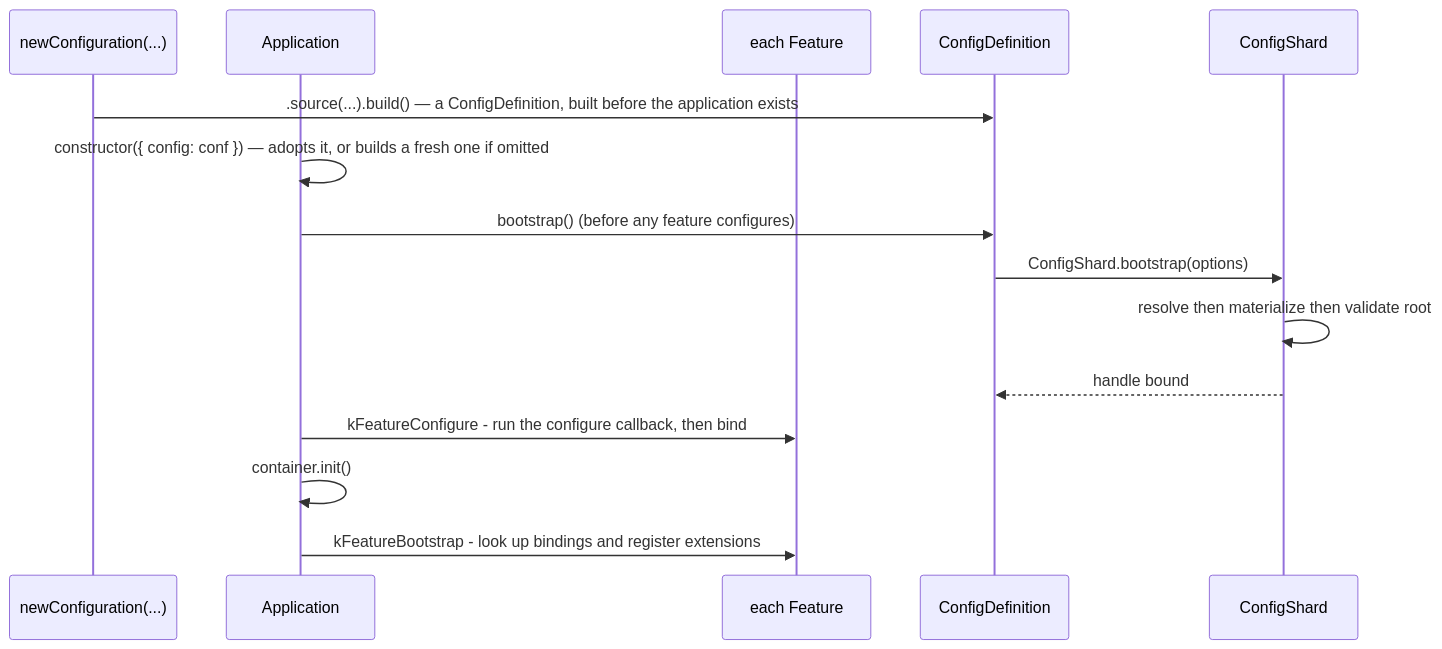
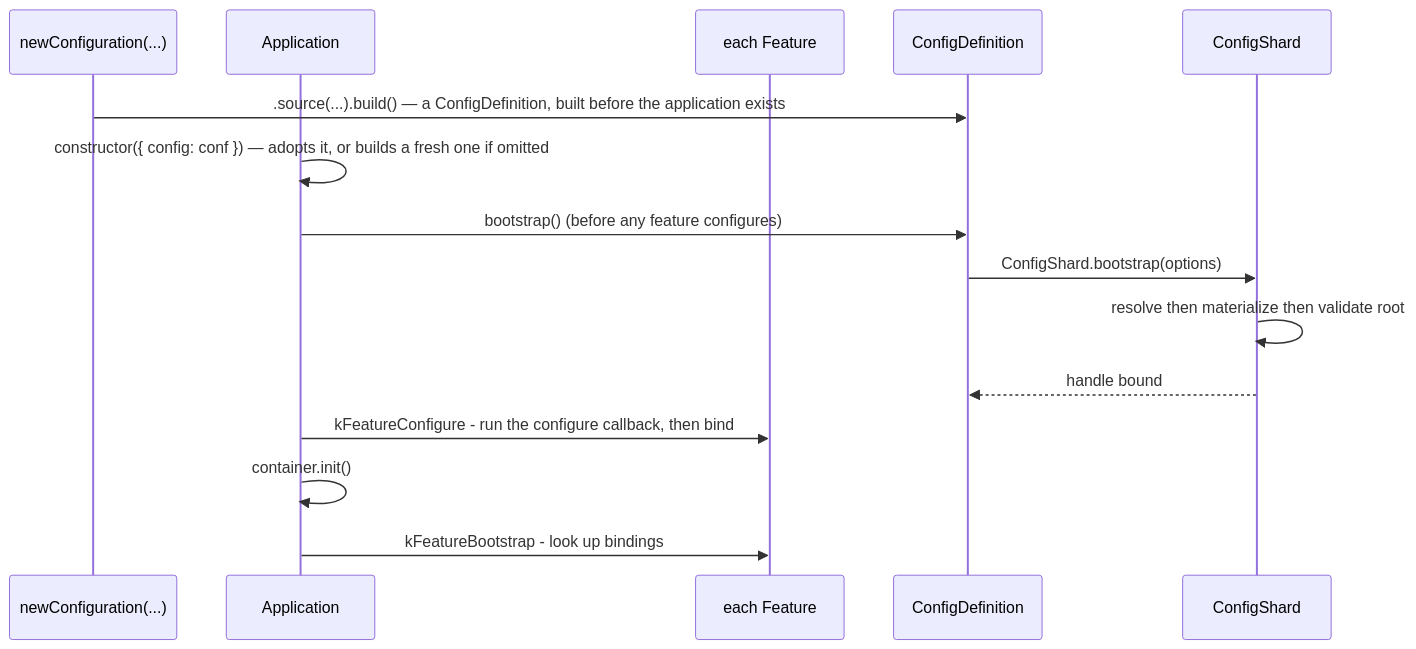
One commit to caffeinejs/caffeine changed the fourth of 4 diagrams in std/config/README.md. Above: the diagram before and after it, drawn with Mermaid. The commit also changed 78 other files, not shown here.

````diff
--- a/std/config/README.md
+++ b/std/config/README.md
@@ -280,17 +280,17 @@
 ```mermaid
 sequenceDiagram
   participant Conf as newConfiguration(...)
   participant App as Application
   participant Feat as each Feature
   participant Def as ConfigDefinition
   participant Shard as ConfigShard
   Conf->>Def: .source(...).build() — a ConfigDefinition, built before the application exists
   App->>App: constructor({ config: conf }) — adopts it, or builds a fresh one if omitted
   App->>Def: bootstrap() (before any feature configures)
   Def->>Shard: ConfigShard.bootstrap(options)
   Shard->>Shard: resolve then materialize then validate root
   Shard-->>Def: handle bound
   App->>Feat: kFeatureConfigure - run the configure callback, then bind
   App->>App: container.init()
-  App->>Feat: kFeatureBootstrap - look up bindings and register extensions
+  App->>Feat: kFeatureBootstrap - look up bindings
 ```
````
